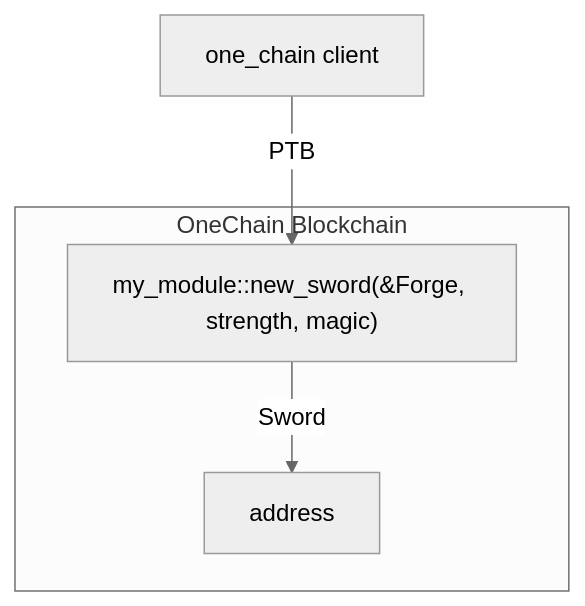
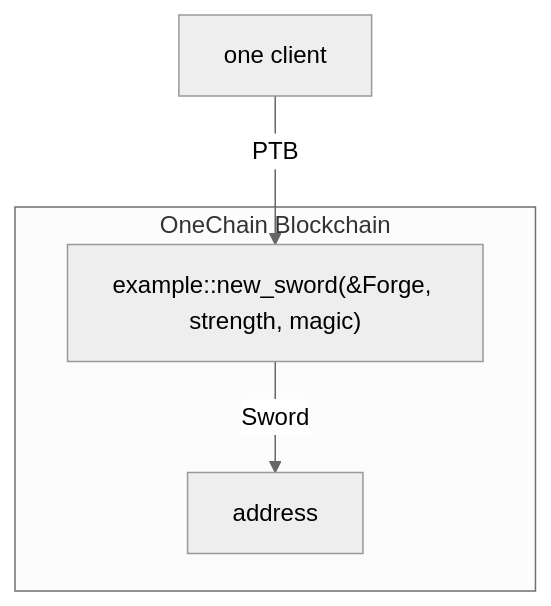
One commit to one-chain-labs/onechain changed the second of 9 diagrams in docs/content/references/dev.mdx. Above: the diagram before and after it, drawn with Mermaid (neutral theme). The commit also changed other lines of this file, not shown here.

Commit message:
1.Fix incorrect statements 2.Fix client naming

````diff
--- a/docs/content/references/dev.mdx
+++ b/docs/content/references/dev.mdx
@@ -1086,13 +1086,13 @@
 ```mermaid
 flowchart TB
-    my_module["my_module::new_sword(&Forge, strength, magic)"]
+    my_module["example::new_sword(&Forge, strength, magic)"]
 
-    one_client["one_chain client"]
+    one_client["one client"]
 
     subgraph OneChain Blockchain
 	my_module
 	my_module --Sword--> address
     end
 
     one_client --"PTB"--> my_module
 ```
````
